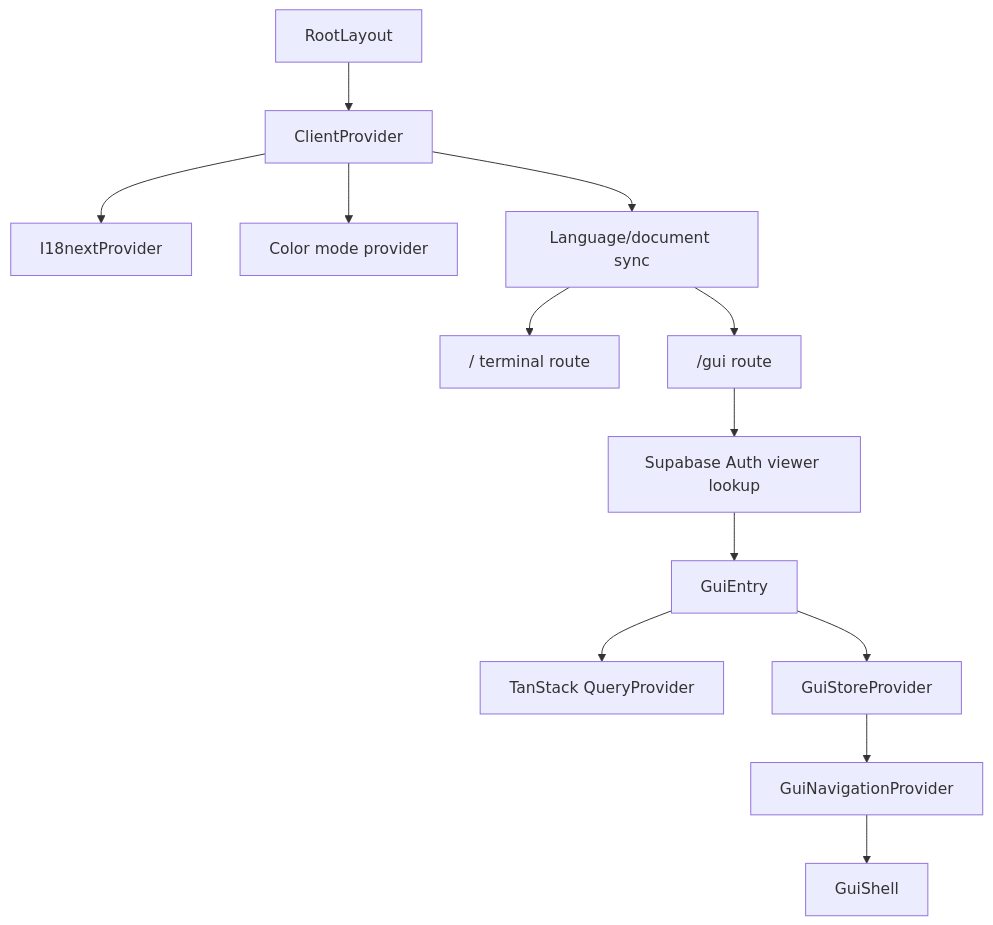
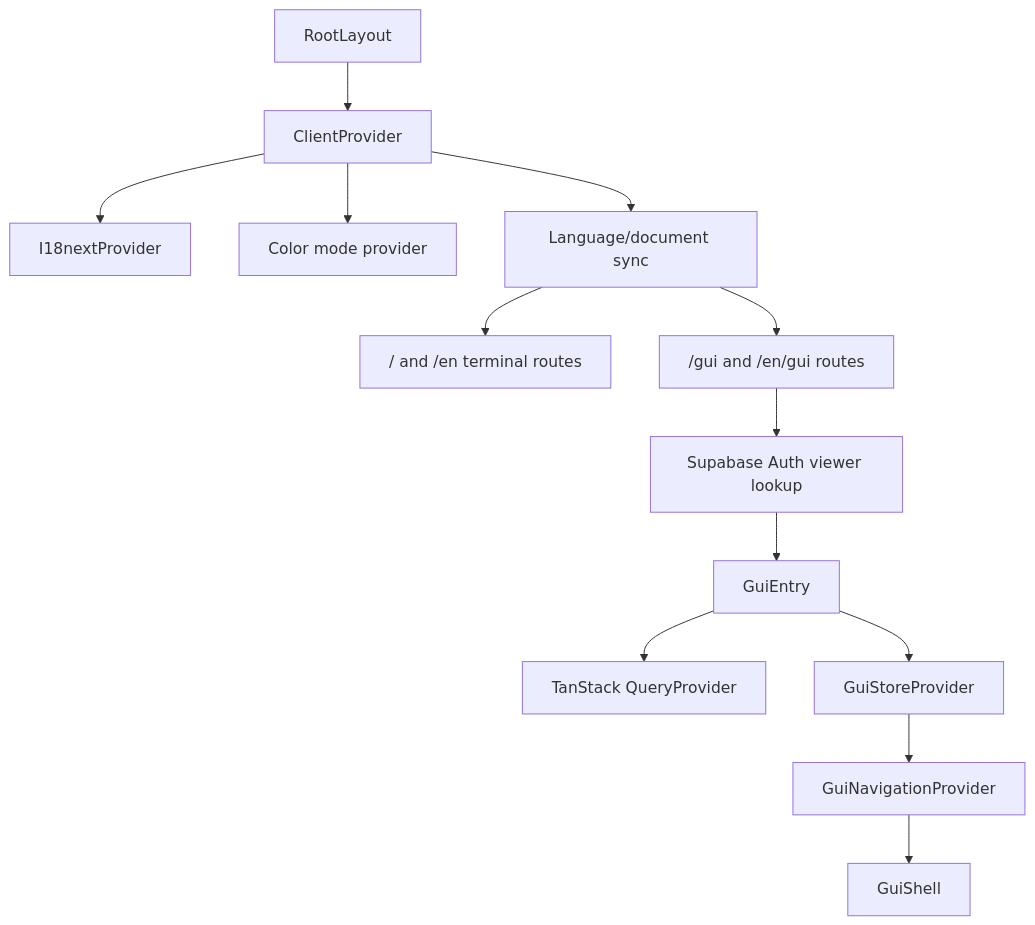
One commit to noonnofus/Portfolio-terminal-OS changed the first of 4 diagrams in docs/ARCHITECTURE.md. Above: the diagram before and after it, drawn with Mermaid. The commit also changed other lines of this file, not shown here.

Commit message:
feat/update-portfolio-content docs: document SEO route architecture

````diff
--- a/docs/ARCHITECTURE.md
+++ b/docs/ARCHITECTURE.md
@@ -18,17 +19,17 @@
 ```mermaid
 flowchart TD
     RootLayout["RootLayout"] --> ClientProvider["ClientProvider"]
     ClientProvider --> I18next["I18nextProvider"]
     ClientProvider --> ColorMode["Color mode provider"]
     ClientProvider --> I18nWrapper["Language/document sync"]
 
-    I18nWrapper --> TerminalRoute["/ terminal route"]
-    I18nWrapper --> GuiRoute["/gui route"]
+    I18nWrapper --> TerminalRoute["/ and /en terminal routes"]
+    I18nWrapper --> GuiRoute["/gui and /en/gui routes"]
 
     GuiRoute --> ViewerLookup["Supabase Auth viewer lookup"]
     ViewerLookup --> GuiEntry["GuiEntry"]
     GuiEntry --> QueryProvider["TanStack QueryProvider"]
     GuiEntry --> StoreProvider["GuiStoreProvider"]
     StoreProvider --> NavigationProvider["GuiNavigationProvider"]
     NavigationProvider --> GuiShell["GuiShell"]
 ```
````
